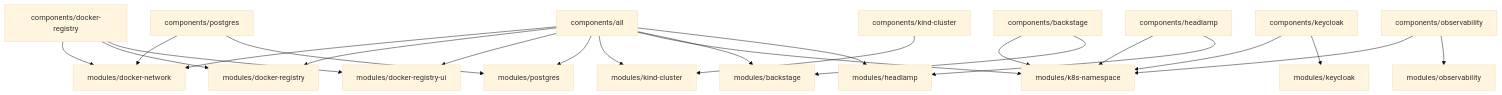
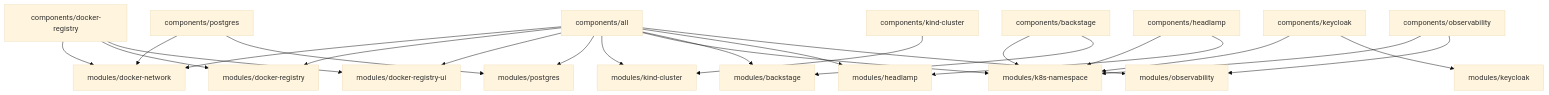
Before and after one commit to medimohammadise/elegant-infra-engine: the second of 3 diagrams in README.md, drawn with Mermaid (base theme). The commit also changed other lines of this file and 1 other file, not shown here.

Commit message:
documentation: ReadMe revised after introducing observability

````diff
--- a/README.md
+++ b/README.md
@@ -58,28 +58,29 @@
 ```mermaid
 flowchart TD
   All["components/all"] --> DockerNetwork["modules/docker-network"]
   All --> Registry["modules/docker-registry"]
   All --> RegistryUI["modules/docker-registry-ui"]
   All --> Postgres["modules/postgres"]
   All --> Kind["modules/kind-cluster"]
   All --> Namespace["modules/k8s-namespace"]
   All --> Backstage["modules/backstage"]
   All --> Headlamp["modules/headlamp"]
+  All --> ObservabilityModule["modules/observability"]
 
   RegistryComponent["components/docker-registry"] --> DockerNetwork
   RegistryComponent --> Registry
   RegistryComponent --> RegistryUI
 
   PostgresComponent["components/postgres"] --> DockerNetwork
   PostgresComponent --> Postgres
 
   KindComponent["components/kind-cluster"] --> Kind
   BackstageComponent["components/backstage"] --> Namespace
   BackstageComponent --> Backstage
   HeadlampComponent["components/headlamp"] --> Namespace
   HeadlampComponent --> Headlamp
   KeycloakComponent["components/keycloak"] --> Namespace
   KeycloakComponent --> KeycloakModule["modules/keycloak"]
   ObservabilityComponent["components/observability"] --> Namespace
   ObservabilityComponent --> ObservabilityModule["modules/observability"]
 ```
````
